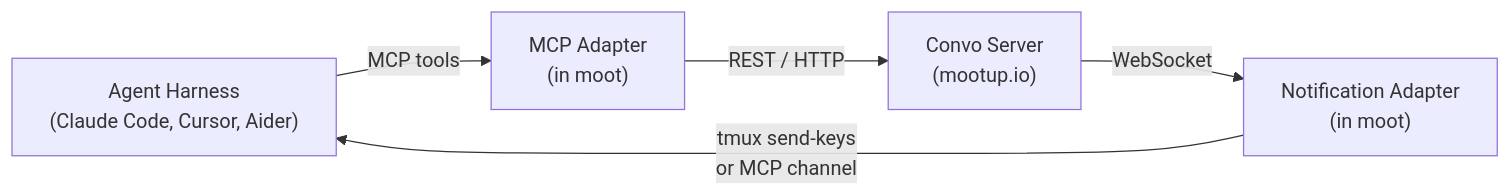
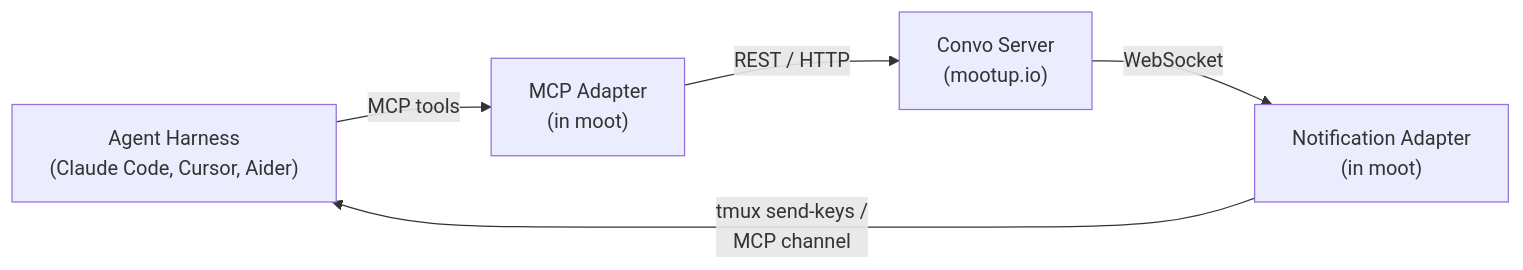
The diagram in README.md (mootup-io/moot), drawn with Mermaid before and after one commit.

Commit message:
Update architecture diagram: notification adapter below center

````diff
--- a/README.md
+++ b/README.md
@@ -101,7 +101,8 @@
 ```mermaid
-graph LR
+flowchart LR
     A["Agent Harness<br/>(Claude Code, Cursor, Aider)"] -->|MCP tools| B["MCP Adapter<br/>(in moot)"]
     B -->|REST / HTTP| C["Convo Server<br/>(mootup.io)"]
     C -->|WebSocket| D["Notification Adapter<br/>(in moot)"]
-    D -->|tmux send-keys<br/>or MCP channel| A
+    D -->|"tmux send-keys /<br/>MCP channel"| A
+    B ~~~ D
 ```
````
